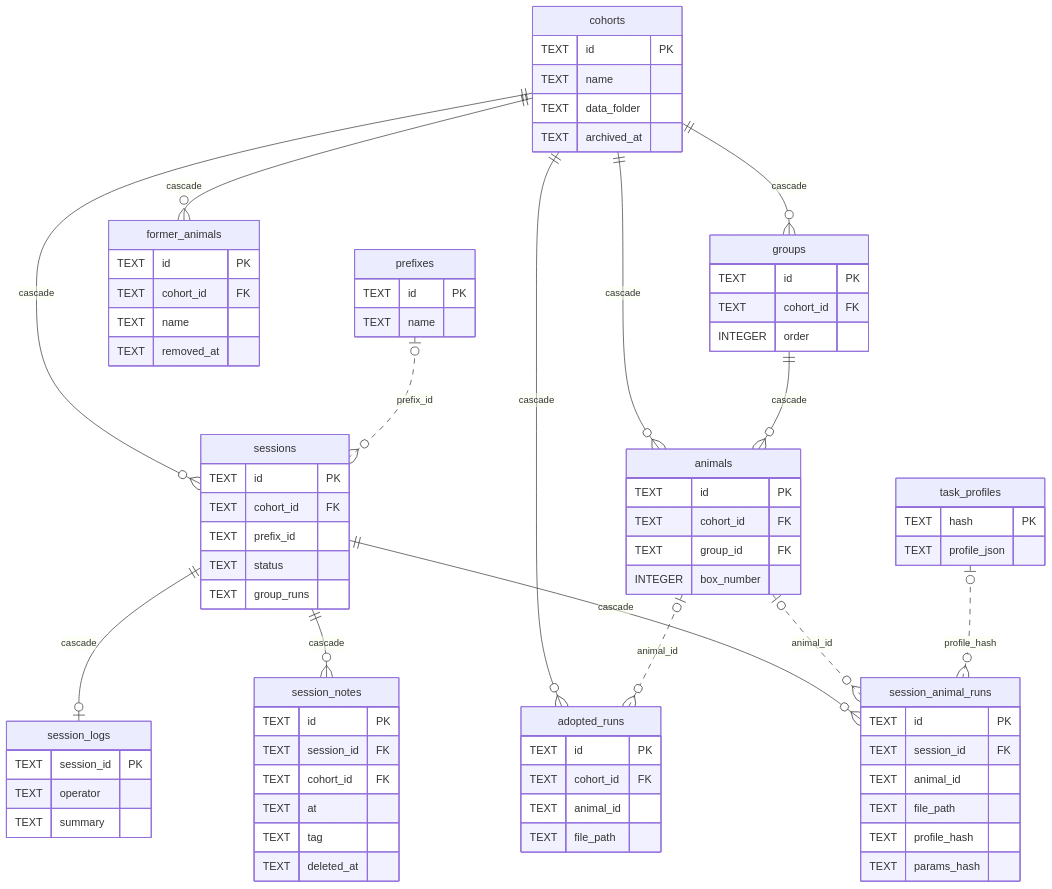
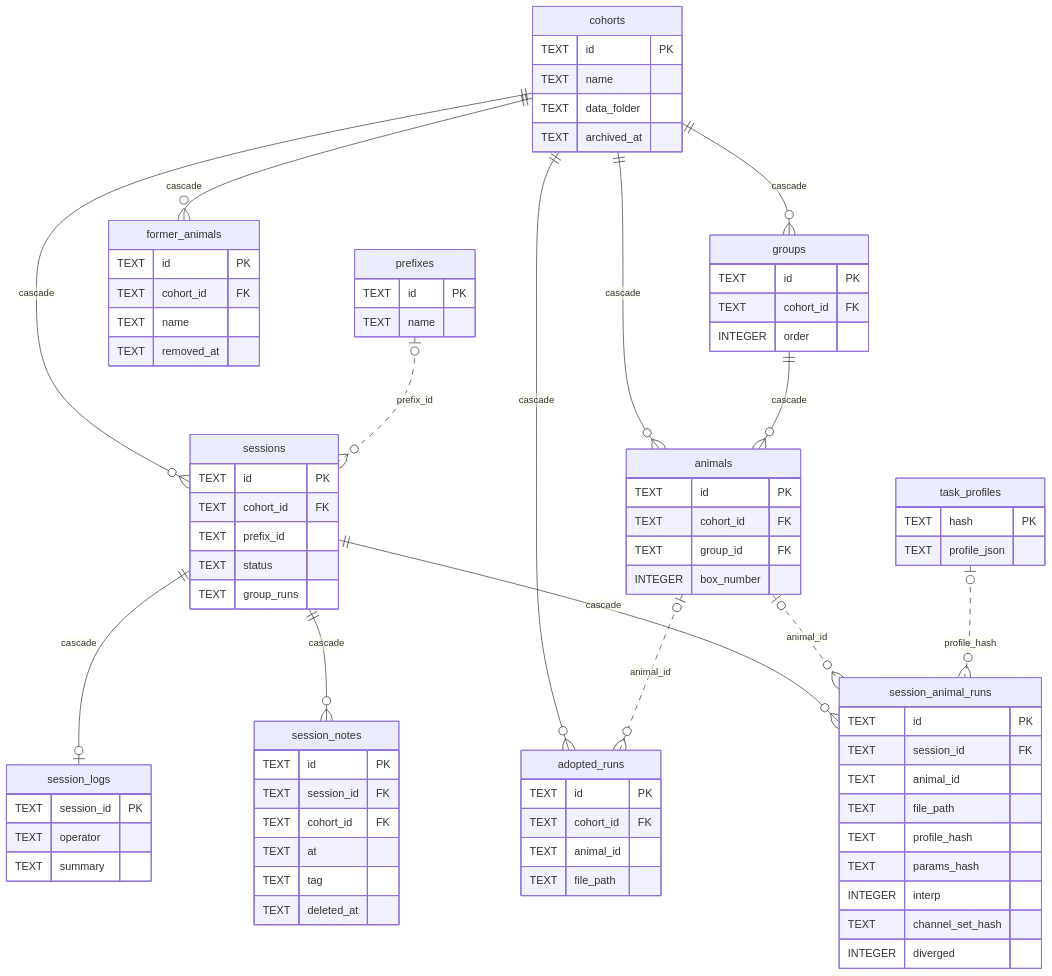
The second of 3 diagrams in docs/DATA.md (Chase-NJ/Ephymeris), drawn with Mermaid before and after one commit. The commit also changed other lines of this file and 39 other files, not shown here.

```diff
--- a/docs/DATA.md
+++ b/docs/DATA.md
@@ -637,6 +645,9 @@
         TEXT file_path
         TEXT profile_hash
         TEXT params_hash
+        INTEGER interp
+        TEXT channel_set_hash
+        INTEGER diverged
     }
     task_profiles {
         TEXT hash PK
```
